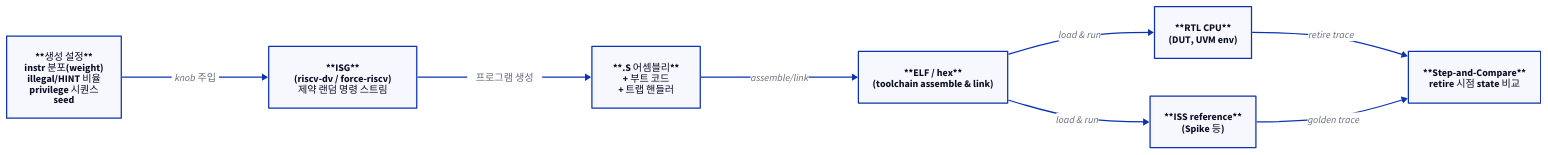
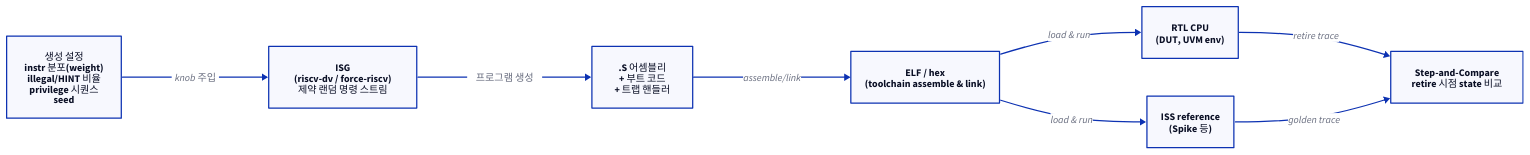
Before and after one commit to humbleowl39/DV_SKOOL: the first of 3 diagrams in starlight_site/src/content/docs/cpu_dv/05_riscv_dv_stimulus.md, drawn with D2. The commit also changed other lines of this file and 714 other files, not shown here.

First line of the commit message:
fix(site): d2 다이어그램 가독성 결함 6종 일괄 수정

````diff
--- a/starlight_site/src/content/docs/cpu_dv/05_riscv_dv_stimulus.md
+++ b/starlight_site/src/content/docs/cpu_dv/05_riscv_dv_stimulus.md
@@ -57,19 +57,19 @@
 ```d2
 direction: right
 
-CFG: "**생성 설정**\ninstr 분포(weight)\nillegal/HINT 비율\nprivilege 시퀀스\nseed"
-ISG: "**ISG**\n(riscv-dv / force-riscv)\n제약 랜덤 명령 스트림"
-ASM: "**.S 어셈블리**\n+ 부트 코드\n+ 트랩 핸들러"
-ELF: "**ELF / hex**\n(toolchain assemble & link)"
-RTL: "**RTL CPU**\n(DUT, UVM env)"
-ISS: "**ISS reference**\n(Spike 등)"
-CMP: "**Step-and-Compare**\nretire 시점 state 비교"
+CFG: "생성 설정\ninstr 분포(weight)\nillegal/HINT 비율\nprivilege 시퀀스\nseed"
+ISG: "ISG\n(riscv-dv / force-riscv)\n제약 랜덤 명령 스트림"
+ASM: ".S 어셈블리\n+ 부트 코드\n+ 트랩 핸들러"
+ELF: "ELF / hex\n(toolchain assemble & link)"
+RTL: "RTL CPU\n(DUT, UVM env)"
+ISS: "ISS reference\n(Spike 등)"
+CMP: "Step-and-Compare\nretire 시점 state 비교"
 
 CFG -> ISG: "knob 주입"
 ISG -> ASM: "프로그램 생성"
 ASM -> ELF: "assemble/link"
 ELF -> RTL: "load & run"
 ELF -> ISS: "load & run"
 RTL -> CMP: "retire trace"
 ISS -> CMP: "golden trace"
 ```
````
